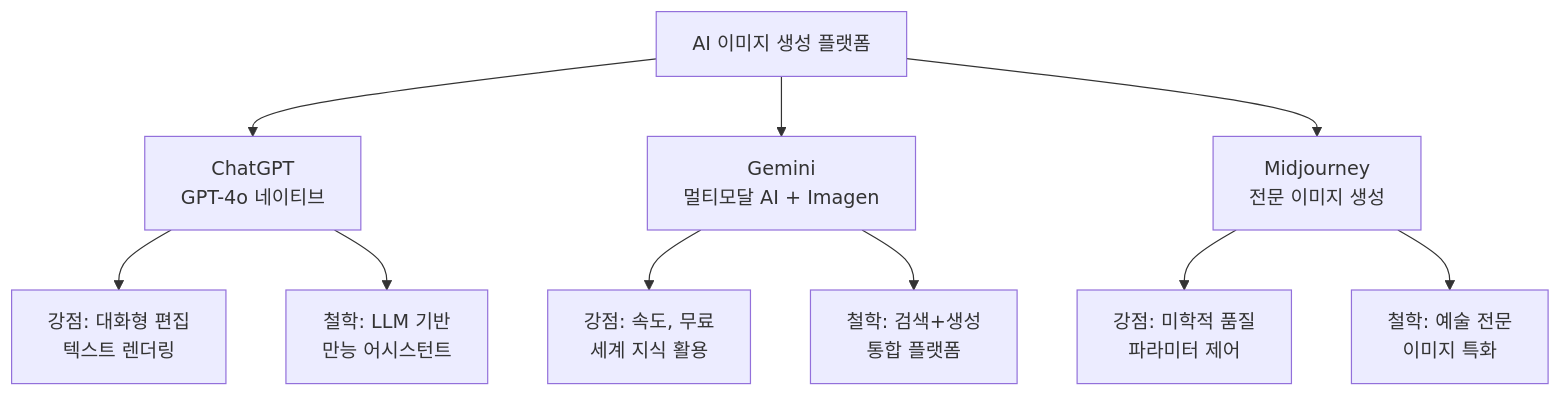
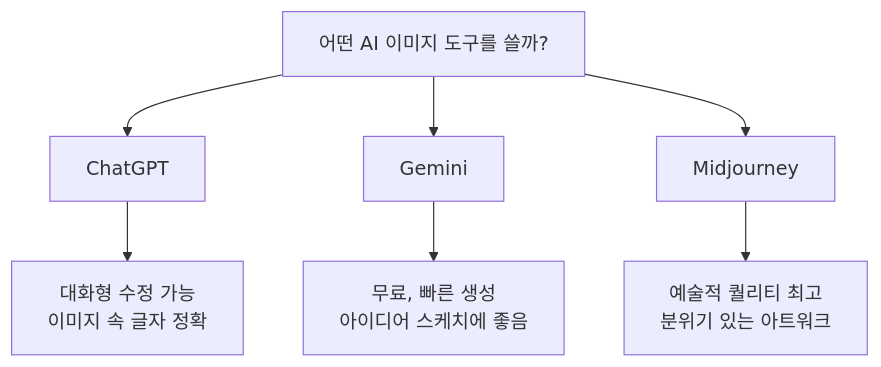
The first of 3 diagrams in 01-ch1-ai-이미지-생성-개론/02-02-주요-플랫폼-비교-chatgpt-vs-gemini-vs-midjourney.md (jsonpassion/forge-tutorial-promptcanvas), drawn with Mermaid before and after one commit. The commit also changed other lines of this file and 12 other files, not shown here.

````diff
--- a/01-ch1-ai-이미지-생성-개론/02-02-주요-플랫폼-비교-chatgpt-vs-gemini-vs-midjourney.md
+++ b/01-ch1-ai-이미지-생성-개론/02-02-주요-플랫폼-비교-chatgpt-vs-gemini-vs-midjourney.md
@@ -35,15 +32,10 @@
 ```mermaid
 flowchart TD
-    A["AI 이미지 생성 플랫폼"] --> B["ChatGPT<br/>GPT-4o 네이티브"]
-    A --> C["Gemini<br/>멀티모달 AI + Imagen"]
-    A --> D["Midjourney<br/>전문 이미지 생성"]
+    A["어떤 AI 이미지 도구를 쓸까?"] --> B["ChatGPT"]
+    A --> C["Gemini"]
+    A --> D["Midjourney"]
 
-    B --> B1["강점: 대화형 편집<br/>텍스트 렌더링"]
-    B --> B2["철학: LLM 기반<br/>만능 어시스턴트"]
-
-    C --> C1["강점: 속도, 무료<br/>세계 지식 활용"]
-    C --> C2["철학: 검색+생성<br/>통합 플랫폼"]
-
-    D --> D1["강점: 미학적 품질<br/>파라미터 제어"]
-    D --> D2["철학: 예술 전문<br/>이미지 특화"]
+    B --> B1["대화형 수정 가능<br/>이미지 속 글자 정확"]
+    C --> C1["무료, 빠른 생성<br/>아이디어 스케치에 좋음"]
+    D --> D1["예술적 퀄리티 최고<br/>분위기 있는 아트워크"]
 ```
````
